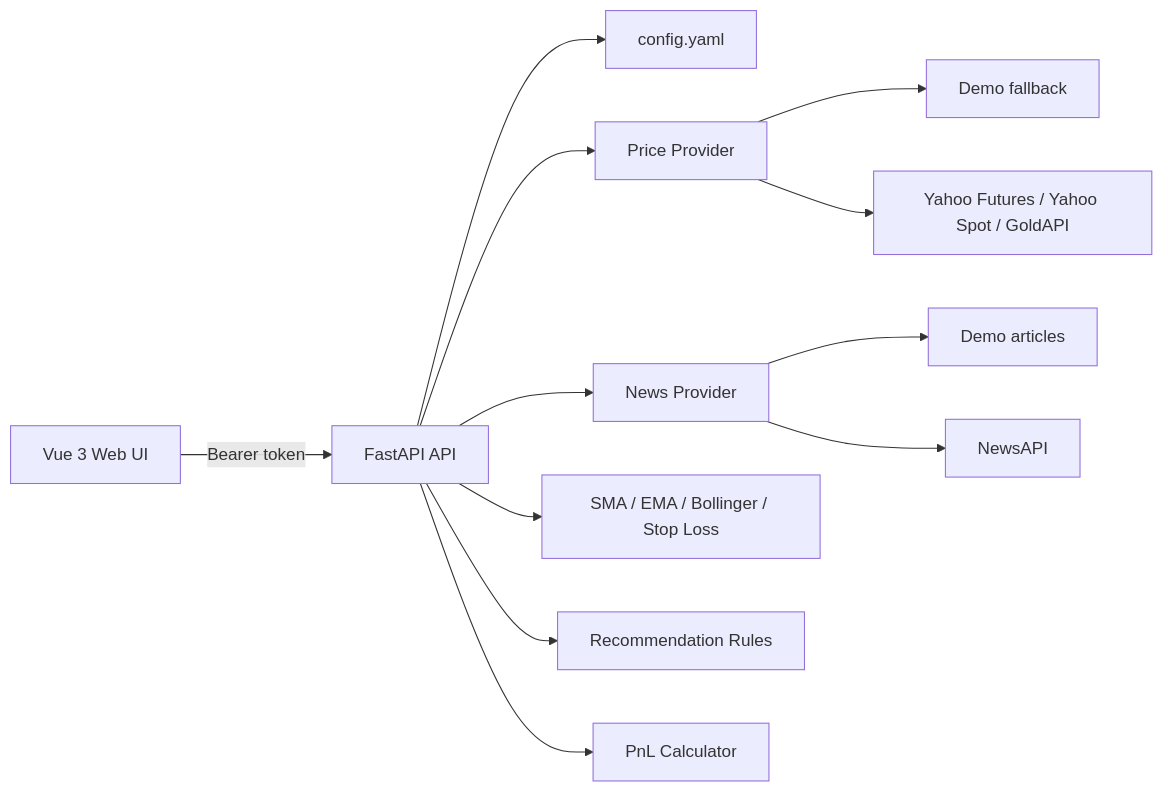
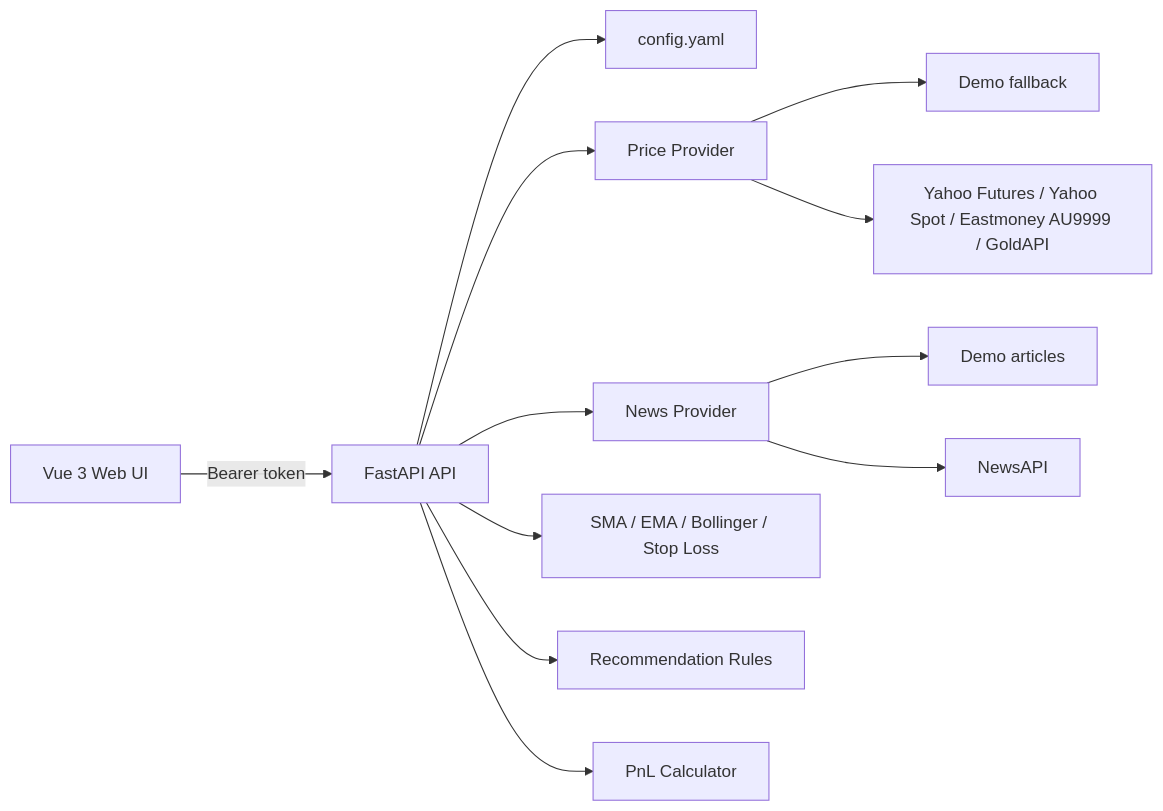
The diagram in docs/ARCHITECTURE.md (wangyaruo/gold-analysis-web), drawn with Mermaid before and after one commit. The commit also changed other lines of this file and 7 other files, not shown here.

````diff
--- a/docs/ARCHITECTURE.md
+++ b/docs/ARCHITECTURE.md
@@ -3,14 +3,14 @@
 ```mermaid
 flowchart LR
   Browser["Vue 3 Web UI"] -->|Bearer token| API["FastAPI API"]
   API --> Config["config.yaml"]
   API --> PriceProvider["Price Provider"]
   API --> NewsProvider["News Provider"]
   PriceProvider --> Demo["Demo fallback"]
-  PriceProvider --> MarketFeeds["Yahoo Futures / Yahoo Spot / GoldAPI"]
+  PriceProvider --> MarketFeeds["Yahoo Futures / Yahoo Spot / Eastmoney AU9999 / GoldAPI"]
   NewsProvider --> DemoNews["Demo articles"]
   NewsProvider --> NewsAPI["NewsAPI"]
   API --> Indicators["SMA / EMA / Bollinger / Stop Loss"]
   API --> Decision["Recommendation Rules"]
   API --> PnL["PnL Calculator"]
 ```
````
